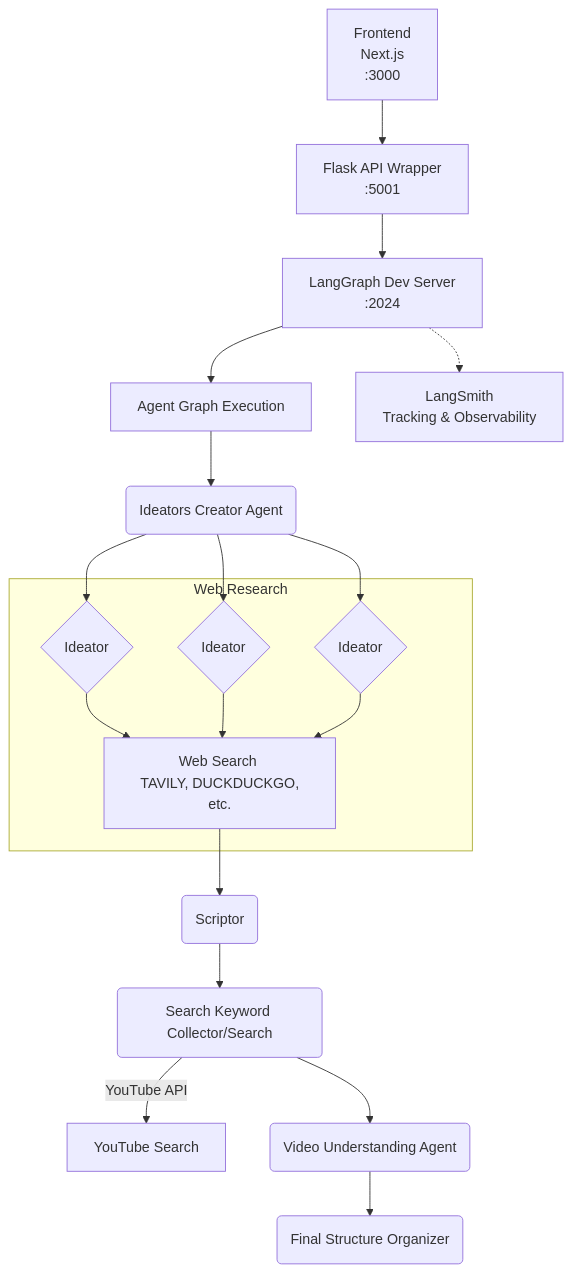
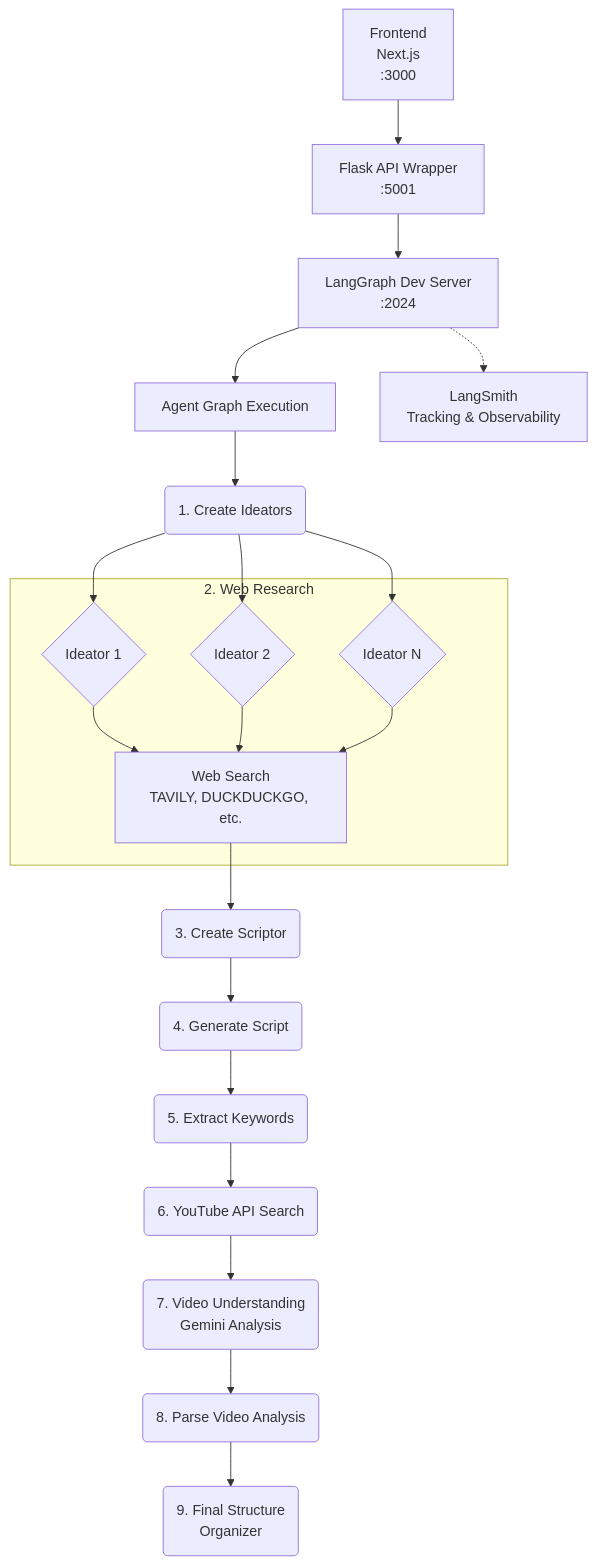
Before and after one commit to catmei/jaegers.ai: the diagram in README.md, drawn with Mermaid. The commit also changed other lines of this file, not shown here.

````diff
--- a/README.md
+++ b/README.md
@@ -141,21 +141,23 @@
 ```mermaid
 graph TD
     A[Frontend<br/>Next.js<br/>:3000] --> B[Flask API Wrapper<br/>:5001];
     B --> C[LangGraph Dev Server<br/>:2024];
     C --> D[Agent Graph Execution];
-    D --> E(Ideators Creator Agent);
-    E --> F{Ideator};
-    E --> G{Ideator};
-    E --> H{Ideator};
-    subgraph Web Research
-        F --> I[Web Search <br/> TAVILY, DUCKDUCKGO, etc.];
+    D --> E(1. Create Ideators);
+    E --> F{Ideator 1};
+    E --> G{Ideator 2};
+    E --> H{Ideator N};
+    subgraph "2. Web Research"
+        F --> I[Web Search<br/>TAVILY, DUCKDUCKGO, etc.];
         G --> I;
         H --> I;
     end
-    I --> J(Scriptor);
-    J --> K(Search Keyword Collector/Search);
-    K -- YouTube API --> L[YouTube Search];
-    K --> M(Video Understanding Agent);
-    M --> N(Final Structure Organizer);
-    C -.-> O[LangSmith<br/>Tracking & Observability];
+    I --> J(3. Create Scriptor);
+    J --> K(4. Generate Script);
+    K --> L(5. Extract Keywords);
+    L --> M(6. YouTube API Search);
+    M --> N(7. Video Understanding<br/>Gemini Analysis);
+    N --> O(8. Parse Video Analysis);
+    O --> P(9. Final Structure<br/>Organizer);
+    C -.-> Q[LangSmith<br/>Tracking & Observability];
 ```
````
